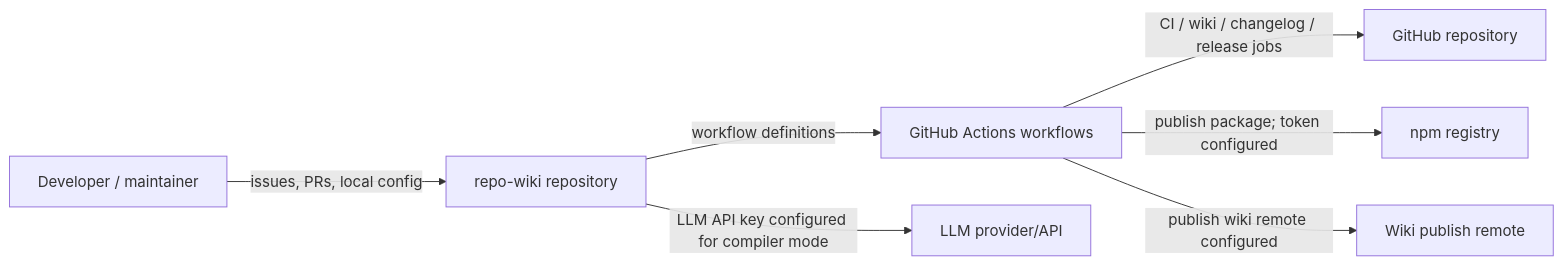
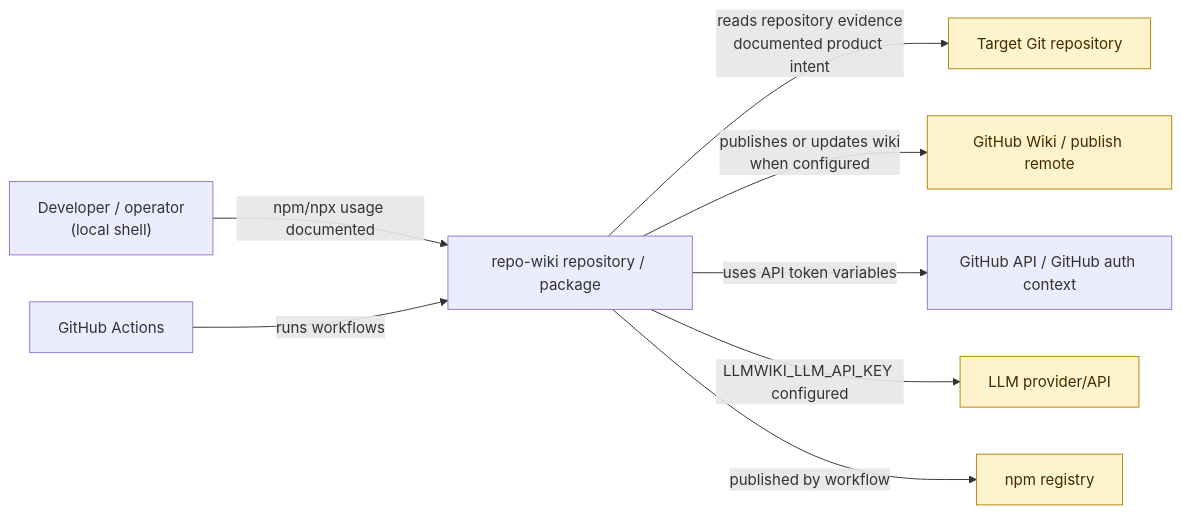
Before and after one commit to mfittko/repo-wiki: the first of 3 diagrams in Architecture.md, drawn with Mermaid. The commit also changed other lines of this file and 46 other files, not shown here.

Commit message:
Compile repository wiki 2026-06-13T10:35:48.103Z

````diff
--- a/Architecture.md
+++ b/Architecture.md
@@ -60,17 +57,13 @@
 ```mermaid
 flowchart LR
-  User["Developer / maintainer"]
-  GitHub["GitHub repository"]
-  Actions["GitHub Actions workflows"]
-  WikiRemote["Wiki publish remote"]
-  Npm["npm registry"]
-  LLM["LLM provider/API"]
-  Repo["repo-wiki repository"]
+    User["Developer / operator<br/>(local shell)"] -->|npm/npx usage documented| RepoWiki["repo-wiki repository / package"]
+    GitHubActions["GitHub Actions"] -->|runs workflows| RepoWiki
+    RepoWiki -->|reads repository evidence<br/>documented product intent| SourceRepo["Target Git repository"]
+    RepoWiki -->|publishes or updates wiki<br/>when configured| WikiRemote["GitHub Wiki / publish remote"]
+    RepoWiki -->|uses API token variables| GitHubAPI["GitHub API / GitHub auth context"]
+    RepoWiki -->|LLMWIKI_LLM_API_KEY configured| LLMProvider["LLM provider/API"]
+    RepoWiki -->|published by workflow| NpmRegistry["npm registry"]
 
-  User -->|issues, PRs, local config| Repo
-  Repo -->|workflow definitions| Actions
-  Actions -->|CI / wiki / changelog / release jobs| GitHub
-  Actions -->|publish package; token configured| Npm
-  Actions -->|publish wiki remote configured| WikiRemote
-  Repo -->|LLM API key configured for compiler mode| LLM
+    classDef uncertain fill:#fff3cd,stroke:#b58105,color:#3b2f00;
+    class LLMProvider,SourceRepo,WikiRemote,NpmRegistry uncertain;
 ```
````
